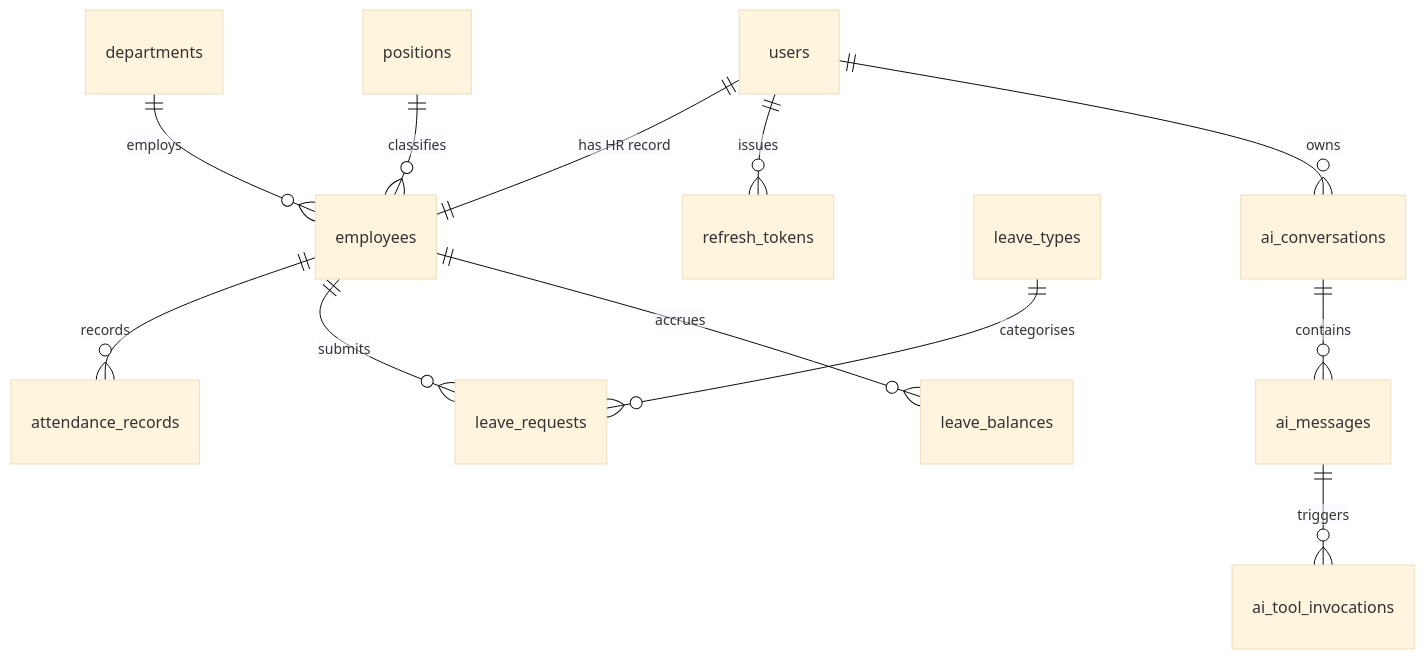
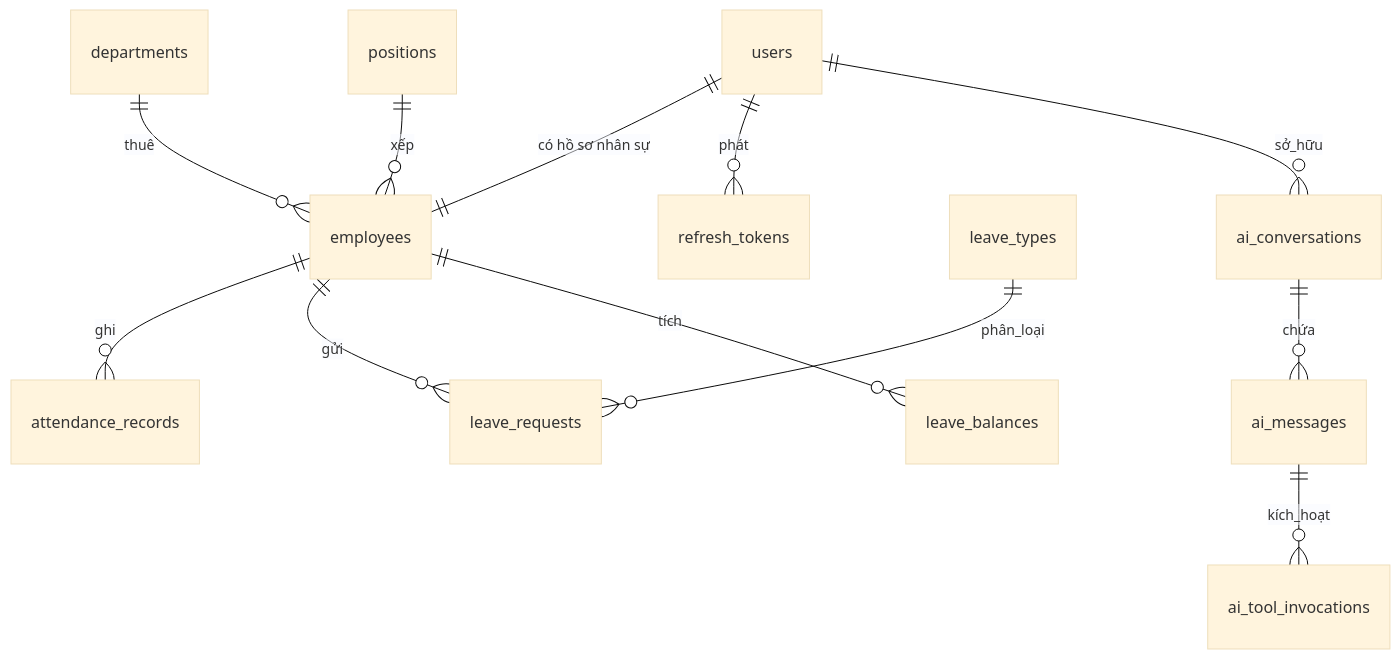
Before and after one commit to tridinh288/AI-HRM: the second of 4 diagrams in README.md, drawn with Mermaid (base theme). The commit also changed other lines of this file and 1 other file, not shown here.

````diff
--- a/README.md
+++ b/README.md
@@ -137,14 +127,14 @@
 ```mermaid
 erDiagram
-    users ||--|| employees : "has HR record"
-    users ||--o{ refresh_tokens : issues
-    departments ||--o{ employees : employs
-    positions   ||--o{ employees : classifies
-    employees ||--o{ attendance_records : records
-    employees ||--o{ leave_requests : submits
-    employees ||--o{ leave_balances : accrues
-    leave_types ||--o{ leave_requests : categorises
-    users ||--o{ ai_conversations : owns
-    ai_conversations ||--o{ ai_messages : contains
-    ai_messages ||--o{ ai_tool_invocations : triggers
+    users ||--|| employees : "có hồ sơ nhân sự"
+    users ||--o{ refresh_tokens : phát
+    departments ||--o{ employees : thuê
+    positions   ||--o{ employees : xếp
+    employees ||--o{ attendance_records : ghi
+    employees ||--o{ leave_requests : gửi
+    employees ||--o{ leave_balances : tích
+    leave_types ||--o{ leave_requests : phân_loại
+    users ||--o{ ai_conversations : sở_hữu
+    ai_conversations ||--o{ ai_messages : chứa
+    ai_messages ||--o{ ai_tool_invocations : kích_hoạt
 ```
````
